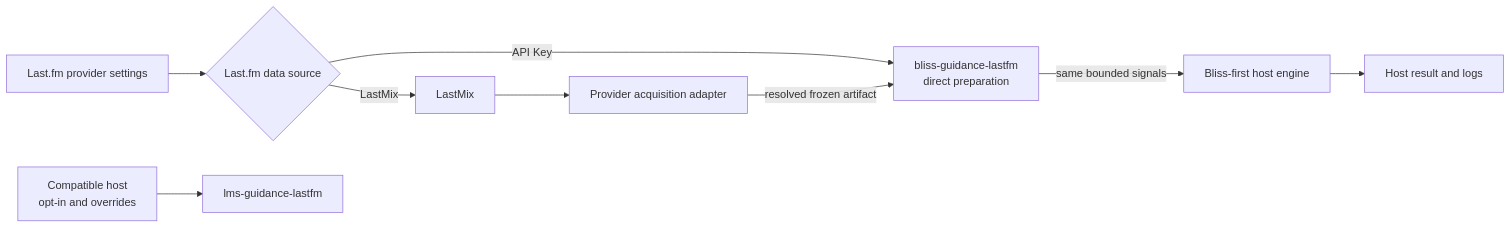
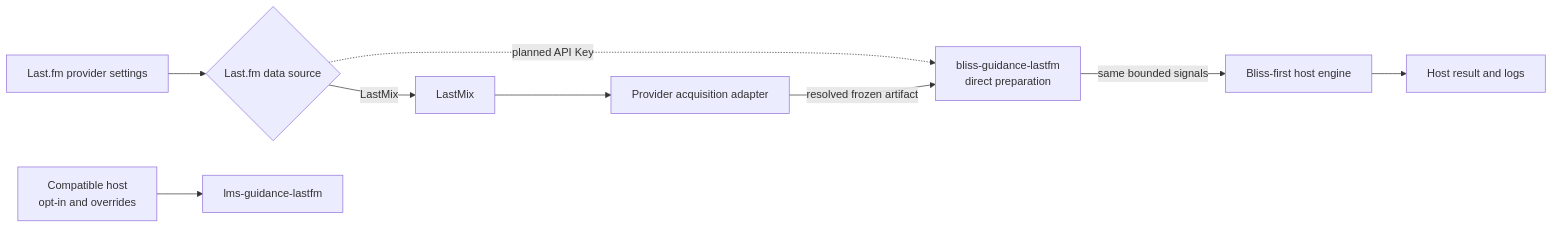
Before and after one commit to chrober/bliss-similarity-design: the diagram in LASTFM_GUIDANCE_ACQUISITION_PLAN.md, drawn with Mermaid. The commit also changed other lines of this file and 5 other files, not shown here.

````diff
--- a/LASTFM_GUIDANCE_ACQUISITION_PLAN.md
+++ b/LASTFM_GUIDANCE_ACQUISITION_PLAN.md
@@ -59,11 +69,11 @@
 ```mermaid
 flowchart LR
     PS[Last.fm provider settings] --> S{Last.fm data source}
     H[Compatible host\nopt-in and overrides] --> P[lms-guidance-lastfm]
     S -->|LastMix| LM[LastMix]
     LM --> A[Provider acquisition adapter]
-    S -->|API Key| D[bliss-guidance-lastfm\ndirect preparation]
+    S -.->|planned API Key| D[bliss-guidance-lastfm\ndirect preparation]
     A -->|resolved frozen artifact| D
     D -->|same bounded signals| O[Bliss-first host engine]
     O --> R[Host result and logs]
 ```
````
